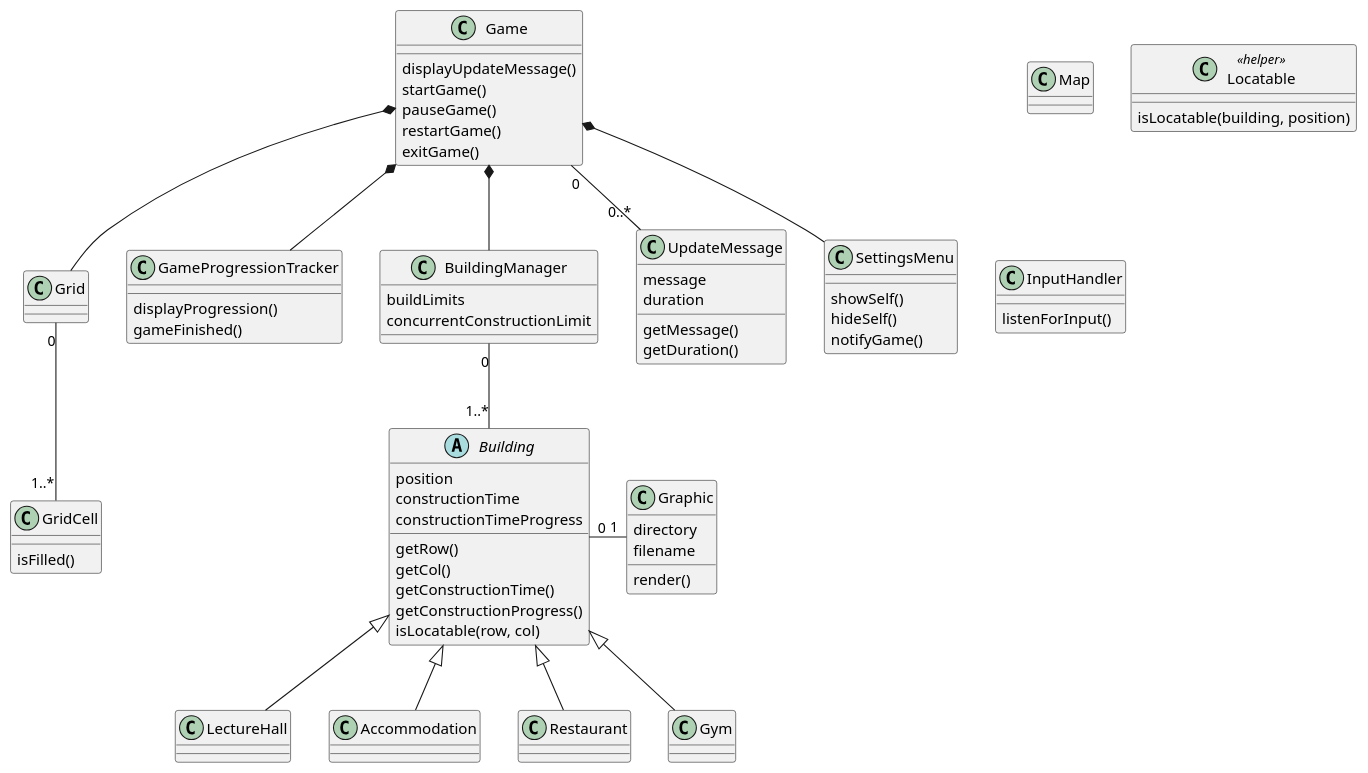
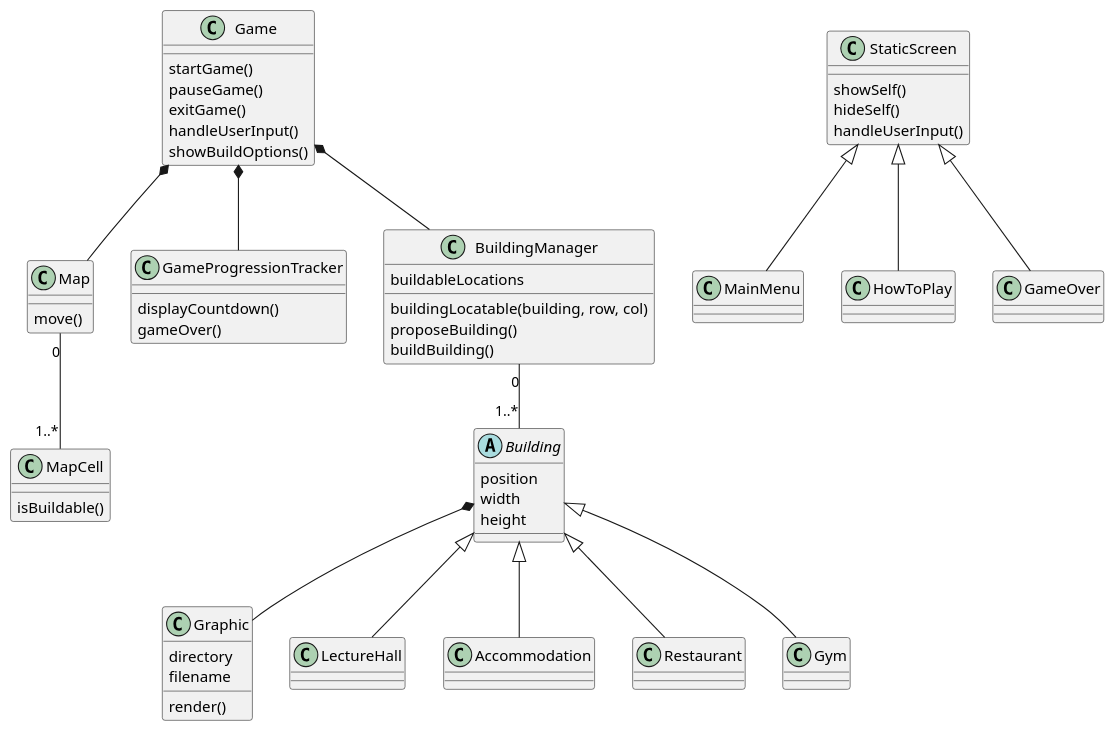
One commit to mikevaux/eng1 changed the diagram in planning/architecture/architecture.puml. Above: the diagram before and after it, drawn with PlantUML.

Commit message:
Update architectural class diagram

```diff
--- a/planning/architecture/architecture.puml
+++ b/planning/architecture/architecture.puml
@@ -1,85 +1,70 @@
 @startuml
 class Game {
-    displayUpdateMessage()
     startGame()
     pauseGame()
-    restartGame()
     exitGame()
+    handleUserInput()
+    showBuildOptions()
 }
 
-class Grid {}
-
-class GridCell {
-    isFilled()
+class Map {
+    move()
 }
 
-class Map {}
+class MapCell {
+    isBuildable()
+}
+
 
 class GameProgressionTracker {
-    displayProgression()
-    gameFinished()
+    displayCountdown()
+    gameOver()
 }
 
 class BuildingManager {
-    buildLimits
-    concurrentConstructionLimit
+    buildableLocations
+    buildingLocatable(building, row, col)
+    proposeBuilding()
+    buildBuilding()
 }
 
 abstract class Building {
     position
-    constructionTime
-    constructionTimeProgress
-    getRow()
-    getCol()
-    getConstructionTime()
-    getConstructionProgress()
-    isLocatable(row, col)
-}
-
-class Locatable << helper >> {
-    isLocatable(building, position)
+    width
+    height
 }
 
 class Graphic {
     directory
     filename
     render()
 }
 
-class InputHandler {
-    listenForInput()
-}
-
-class UpdateMessage {
-    message
-    duration
-    getMessage()
-    getDuration()
-}
-
-class SettingsMenu {
+class StaticScreen {
     showSelf()
     hideSelf()
-    notifyGame()
+    handleUserInput()
 }
 
 'Extensions
 Building <|-- LectureHall
 Building <|-- Accommodation
 Building <|-- Restaurant
 Building <|-- Gym
 
+StaticScreen <|-- MainMenu
+StaticScreen <|-- HowToPlay
+StaticScreen <|-- GameOver
+
 'Compositions
-Game *-- Grid
+Game *-- Map
 Game *-- BuildingManager
 Game *-- GameProgressionTracker
-Game *-- SettingsMenu
+
+Building *-- Graphic
 
 'Associations
-Game "0" -- "0..*" UpdateMessage
-
-Grid "0" -- "1..*" GridCell
+Map "0" -- "1..*" MapCell
 
 BuildingManager "0" -- "1..*" Building
-Building "0" - "1" Graphic
 @enduml
```
